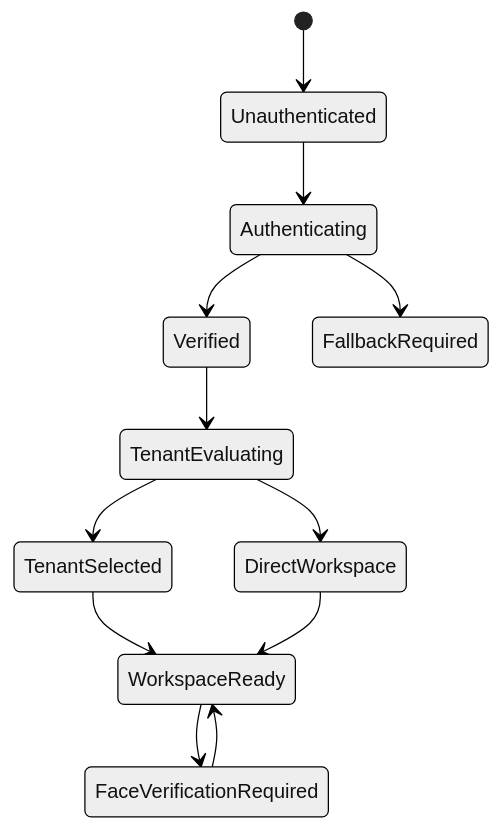
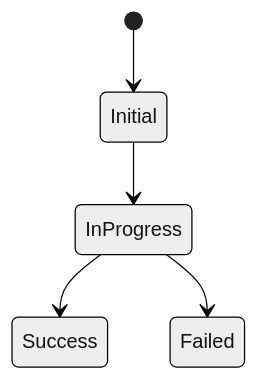
The fourth of 4 diagrams in 01_Master_Documents/Product_Architecture.md (husinglemon-art/TMS_Shipper), drawn with Mermaid (neutral theme) before and after one commit. The commit also changed other lines of this file and 15 other files, not shown here.

````diff
--- a/01_Master_Documents/Product_Architecture.md
+++ b/01_Master_Documents/Product_Architecture.md
@@ -94,14 +60,7 @@
 ```mermaid
 stateDiagram-v2
-    [*] --> Unauthenticated
-    Unauthenticated --> Authenticating
-    Authenticating --> Verified
-    Authenticating --> FallbackRequired
-    Verified --> TenantEvaluating
-    TenantEvaluating --> TenantSelected
-    TenantEvaluating --> DirectWorkspace
-    TenantSelected --> WorkspaceReady
-    DirectWorkspace --> WorkspaceReady
-    WorkspaceReady --> FaceVerificationRequired
-    FaceVerificationRequired --> WorkspaceReady
+    [*] --> Initial
+    Initial --> InProgress
+    InProgress --> Success
+    InProgress --> Failed
 ```
````
